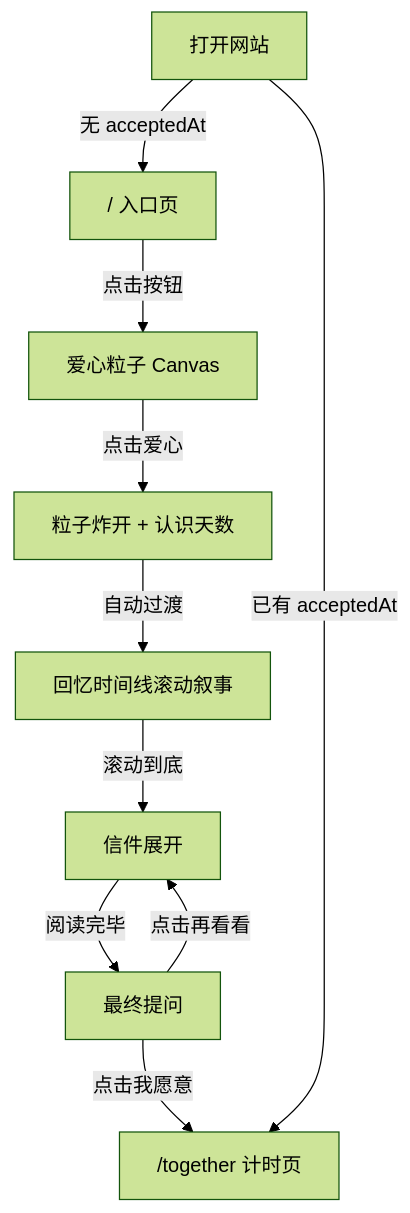
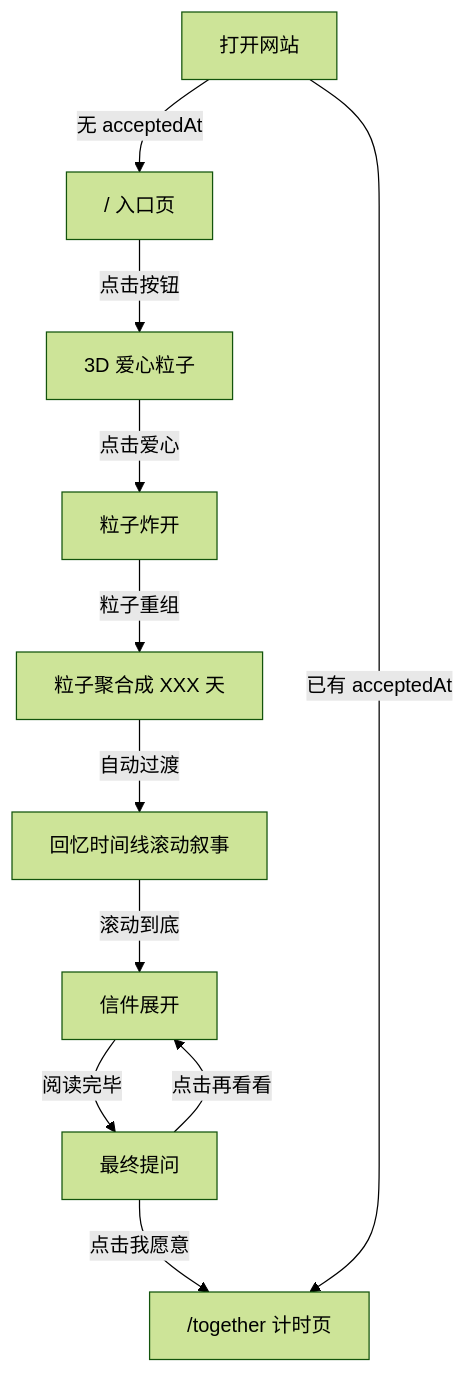
Before and after one commit to ada-zl5825/love_xf: the diagram in .cursor/plans/confession_gift_website_ff8de968.plan.md, drawn with Mermaid (forest theme). The commit also changed other lines of this file and 3 other files, not shown here.

Commit message:
refactor: update HeartCanvas to include particle text assembly and modify phase transitions

````diff
--- a/.cursor/plans/confession_gift_website_ff8de968.plan.md
+++ b/.cursor/plans/confession_gift_website_ff8de968.plan.md
@@ -77,13 +77,14 @@
 ```mermaid
 flowchart TD
-    Entry["/ 入口页"] -->|点击按钮| HeartPhase["爱心粒子 Canvas"]
-    HeartPhase -->|点击爱心| ExplodePhase["粒子炸开 + 认识天数"]
-    ExplodePhase -->|自动过渡| Timeline["回忆时间线滚动叙事"]
+    Entry["/ 入口页"] -->|点击按钮| HeartPhase["3D 爱心粒子"]
+    HeartPhase -->|点击爱心| ExplodePhase["粒子炸开"]
+    ExplodePhase -->|粒子重组| DaysPhase["粒子聚合成 XXX 天"]
+    DaysPhase -->|自动过渡| Timeline["回忆时间线滚动叙事"]
     Timeline -->|滚动到底| Letter["信件展开"]
     Letter -->|阅读完毕| Proposal["最终提问"]
     Proposal -->|点击我愿意| Timer["/together 计时页"]
     Proposal -->|点击再看看| Letter
 
     OpenSite["打开网站"] -->|已有 acceptedAt| Timer
     OpenSite -->|无 acceptedAt| Entry
 ```
````
